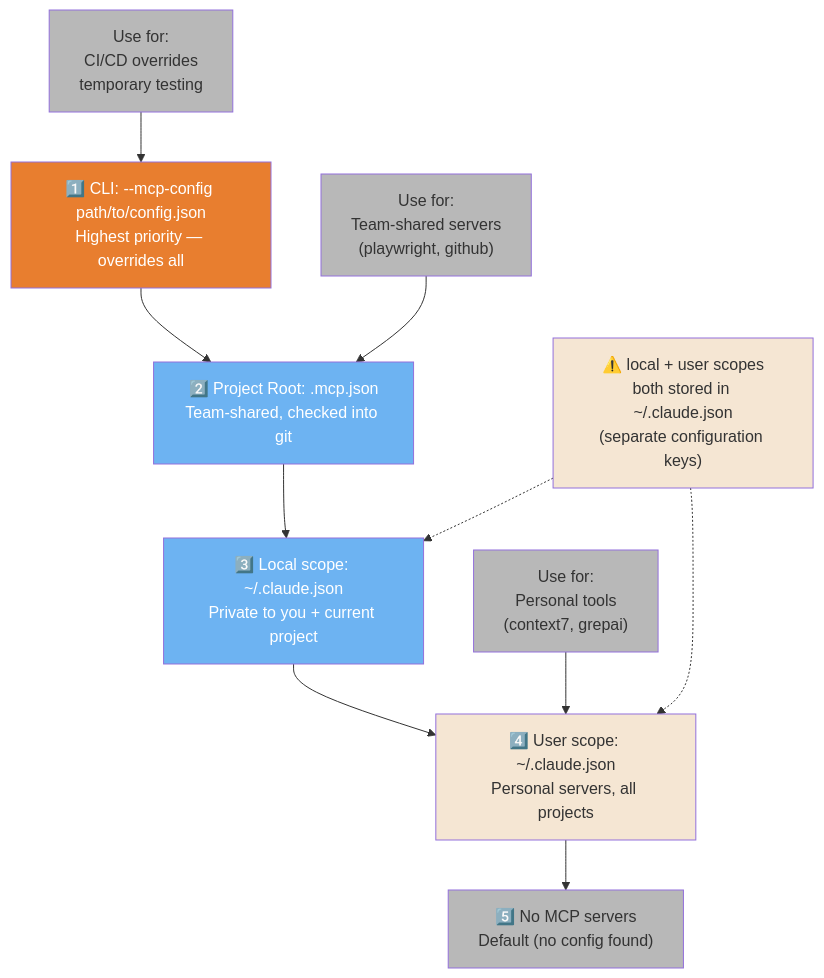
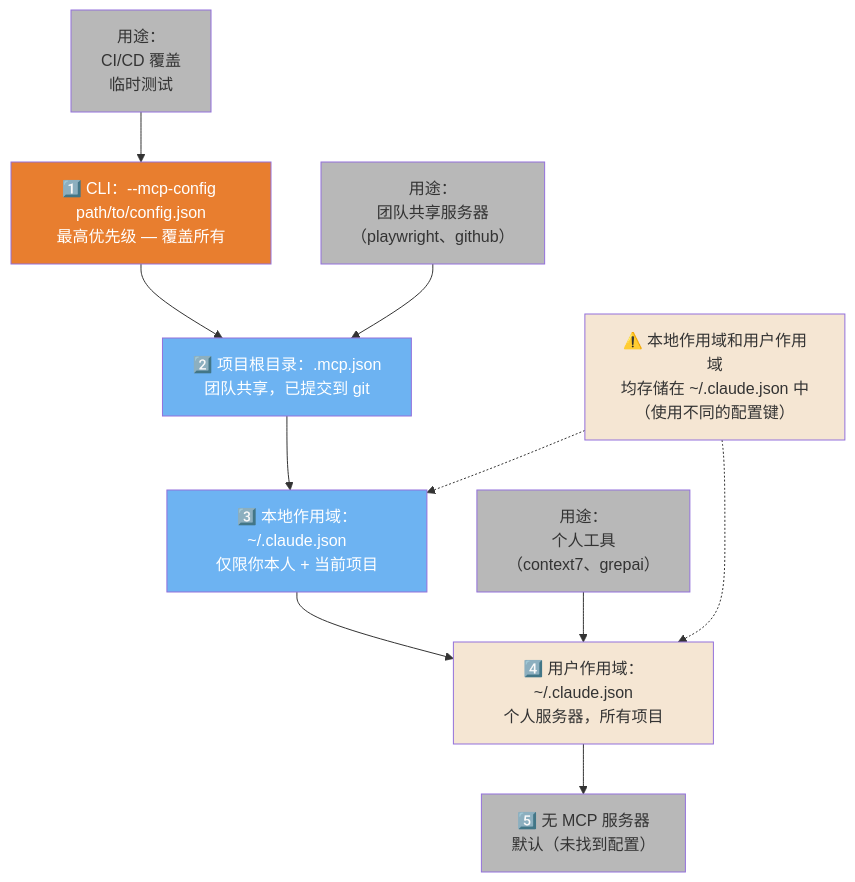
The fourth of 4 diagrams in claude-code/diagrams/05-mcp-ecosystem.md (lawrencewzen/aispark-wiki), drawn with Mermaid before and after one commit. The commit also changed other lines of this file and 82 other files, not shown here.

First line of the commit message:
feat: 完成 claude-code/ 目录全量中文翻译

````diff
--- a/claude-code/diagrams/05-mcp-ecosystem.md
+++ b/claude-code/diagrams/05-mcp-ecosystem.md
@@ -222,33 +222,33 @@
 ```mermaid
 flowchart TD
-    A["1️⃣ CLI: --mcp-config path/to/config.json<br/>Highest priority — overrides all"] --> B["2️⃣ Project Root: .mcp.json<br/>Team-shared, checked into git"]
-    B --> C["3️⃣ Local scope: ~/.claude.json<br/>Private to you + current project"]
-    C --> D["4️⃣ User scope: ~/.claude.json<br/>Personal servers, all projects"]
-    D --> E["5️⃣ No MCP servers<br/>Default (no config found)"]
+    A["1️⃣ CLI：--mcp-config path/to/config.json<br/>最高优先级 — 覆盖所有"] --> B["2️⃣ 项目根目录：.mcp.json<br/>团队共享，已提交到 git"]
+    B --> C["3️⃣ 本地作用域：~/.claude.json<br/>仅限你本人 + 当前项目"]
+    C --> D["4️⃣ 用户作用域：~/.claude.json<br/>个人服务器，所有项目"]
+    D --> E["5️⃣ 无 MCP 服务器<br/>默认（未找到配置）"]
 
-    A1["Use for:<br/>CI/CD overrides<br/>temporary testing"] --> A
-    B1["Use for:<br/>Team-shared servers<br/>(playwright, github)"] --> B
-    D1["Use for:<br/>Personal tools<br/>(context7, grepai)"] --> D
+    A1["用途：<br/>CI/CD 覆盖<br/>临时测试"] --> A
+    B1["用途：<br/>团队共享服务器<br/>（playwright、github）"] --> B
+    D1["用途：<br/>个人工具<br/>（context7、grepai）"] --> D
 
-    NOTE2["⚠️ local + user scopes<br/>both stored in ~/.claude.json<br/>(separate configuration keys)"] -.-> C
+    NOTE2["⚠️ 本地作用域和用户作用域<br/>均存储在 ~/.claude.json 中<br/>（使用不同的配置键）"] -.-> C
     NOTE2 -.-> D
 
     style A fill:#E87E2F,color:#fff
     style B fill:#6DB3F2,color:#fff
     style C fill:#6DB3F2,color:#fff
     style D fill:#F5E6D3,color:#333
     style E fill:#B8B8B8,color:#333
     style A1 fill:#B8B8B8,color:#333
     style B1 fill:#B8B8B8,color:#333
     style D1 fill:#B8B8B8,color:#333
     style NOTE2 fill:#F5E6D3,color:#333
 
-    click A href "https://github.com/claude-code-ultimate-guide/claude-code-ultimate-guide/blob/main/guide/ultimate-guide.md#83-configuration" "CLI --mcp-config flag"
-    click B href "https://github.com/claude-code-ultimate-guide/claude-code-ultimate-guide/blob/main/guide/ultimate-guide.md#83-configuration" "Project .claude/mcp.json"
-    click C href "https://github.com/claude-code-ultimate-guide/claude-code-ultimate-guide/blob/main/guide/ultimate-guide.md#83-configuration" "Project Root .mcp.json"
-    click D href "https://github.com/claude-code-ultimate-guide/claude-code-ultimate-guide/blob/main/guide/ultimate-guide.md#83-configuration" "User scope ~/.claude.json"
-    click E href "https://github.com/claude-code-ultimate-guide/claude-code-ultimate-guide/blob/main/guide/ultimate-guide.md#81-what-is-mcp" "No MCP servers"
-    click A1 href "https://github.com/claude-code-ultimate-guide/claude-code-ultimate-guide/blob/main/guide/ultimate-guide.md#83-configuration" "CI/CD overrides"
-    click B1 href "https://github.com/claude-code-ultimate-guide/claude-code-ultimate-guide/blob/main/guide/ultimate-guide.md#83-configuration" "Team-shared servers"
-    click D1 href "https://github.com/claude-code-ultimate-guide/claude-code-ultimate-guide/blob/main/guide/ultimate-guide.md#83-configuration" "Personal tools"
+    click A href "https://github.com/claude-code-ultimate-guide/claude-code-ultimate-guide/blob/main/guide/ultimate-guide.md#83-configuration" "CLI --mcp-config 参数"
+    click B href "https://github.com/claude-code-ultimate-guide/claude-code-ultimate-guide/blob/main/guide/ultimate-guide.md#83-configuration" "项目 .claude/mcp.json"
+    click C href "https://github.com/claude-code-ultimate-guide/claude-code-ultimate-guide/blob/main/guide/ultimate-guide.md#83-configuration" "项目根目录 .mcp.json"
+    click D href "https://github.com/claude-code-ultimate-guide/claude-code-ultimate-guide/blob/main/guide/ultimate-guide.md#83-configuration" "用户作用域 ~/.claude.json"
+    click E href "https://github.com/claude-code-ultimate-guide/claude-code-ultimate-guide/blob/main/guide/ultimate-guide.md#81-what-is-mcp" "无 MCP 服务器"
+    click A1 href "https://github.com/claude-code-ultimate-guide/claude-code-ultimate-guide/blob/main/guide/ultimate-guide.md#83-configuration" "CI/CD 覆盖"
+    click B1 href "https://github.com/claude-code-ultimate-guide/claude-code-ultimate-guide/blob/main/guide/ultimate-guide.md#83-configuration" "团队共享服务器"
+    click D1 href "https://github.com/claude-code-ultimate-guide/claude-code-ultimate-guide/blob/main/guide/ultimate-guide.md#83-configuration" "个人工具"
 ```
````
